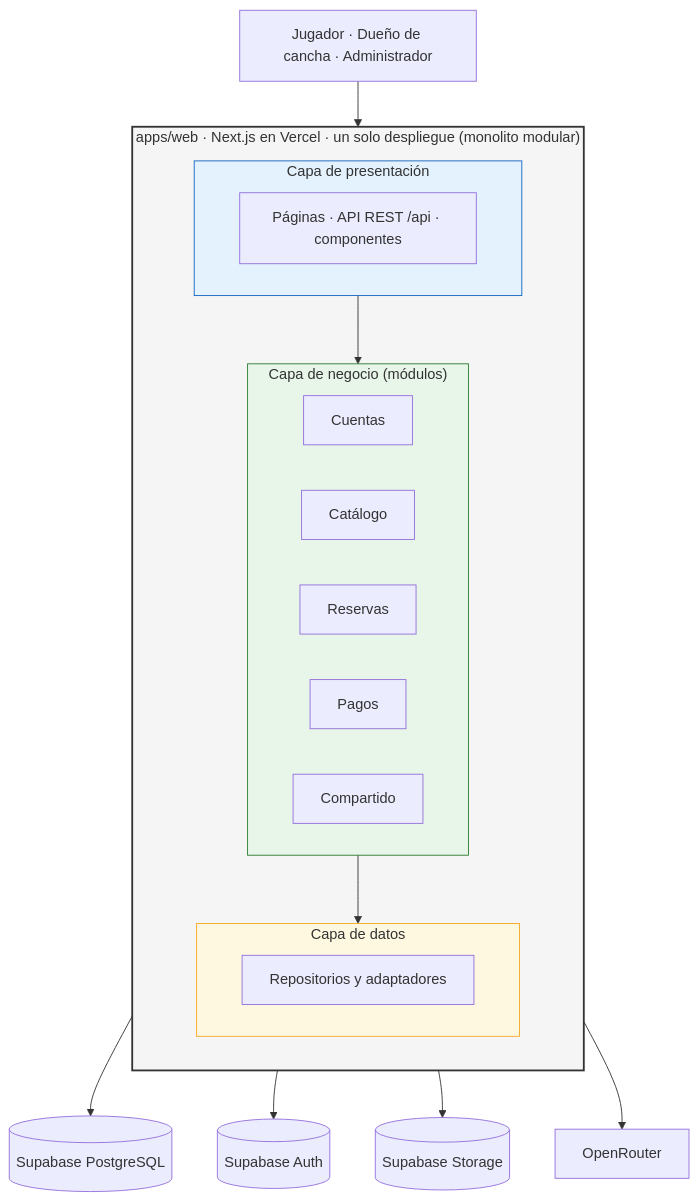
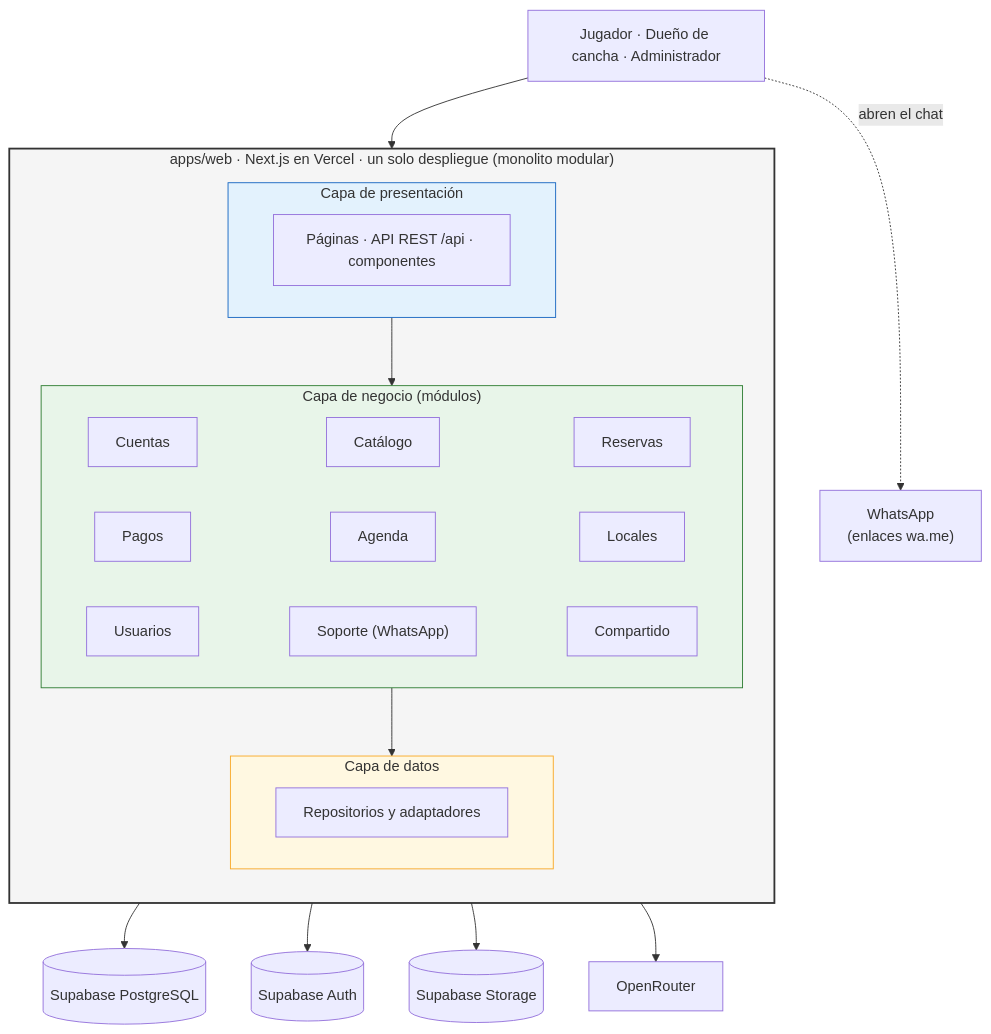
Before and after one commit to edhtsprado27-bit/ReservaYa-Ayacucho: the diagram in img/fuentes-svg/ArquitecturaMonoliticaReservaYaEnCapas.mmd, drawn with Mermaid. The commit also changed 24 other files, not shown here.

Commit message:
docs: actualizar análisis, arquitectura y C4 con WhatsApp, servicios y usuarios

```diff
--- a/img/fuentes-svg/ArquitecturaMonoliticaReservaYaEnCapas.mmd
+++ b/img/fuentes-svg/ArquitecturaMonoliticaReservaYaEnCapas.mmd
@@ -1,31 +1,40 @@
 flowchart TB
     usuarios["Jugador · Dueño de cancha · Administrador"]
     subgraph mono["apps/web · Next.js en Vercel · un solo despliegue (monolito modular)"]
         direction TB
         subgraph c1["Capa de presentación"]
             p["Páginas · API REST /api · componentes"]
         end
         subgraph c2["Capa de negocio (módulos)"]
             m1["Cuentas"]
             m2["Catálogo"]
             m3["Reservas"]
             m4["Pagos"]
-            m5["Compartido"]
+            m5["Agenda"]
+            m6["Locales"]
+            m7["Usuarios"]
+            m8["Soporte (WhatsApp)"]
+            m9["Compartido"]
+            m1 ~~~ m2 ~~~ m3
+            m4 ~~~ m5 ~~~ m6
+            m7 ~~~ m8 ~~~ m9
         end
         subgraph c3["Capa de datos"]
             r["Repositorios y adaptadores"]
         end
         c1 --> c2 --> c3
     end
     bd[("Supabase PostgreSQL")]
     au[("Supabase Auth")]
     st[("Supabase Storage")]
     ia["OpenRouter"]
+    wa["WhatsApp<br/>(enlaces wa.me)"]
 
     usuarios --> mono
+    usuarios -. "abren el chat" .-> wa
     c3 --> bd & au & st & ia
 
     style mono fill:#f5f5f5,stroke:#333,stroke-width:2px
     style c1 fill:#e3f2fd,stroke:#1565c0
     style c2 fill:#e8f5e9,stroke:#2e7d32
     style c3 fill:#fff8e1,stroke:#f9a825
```
